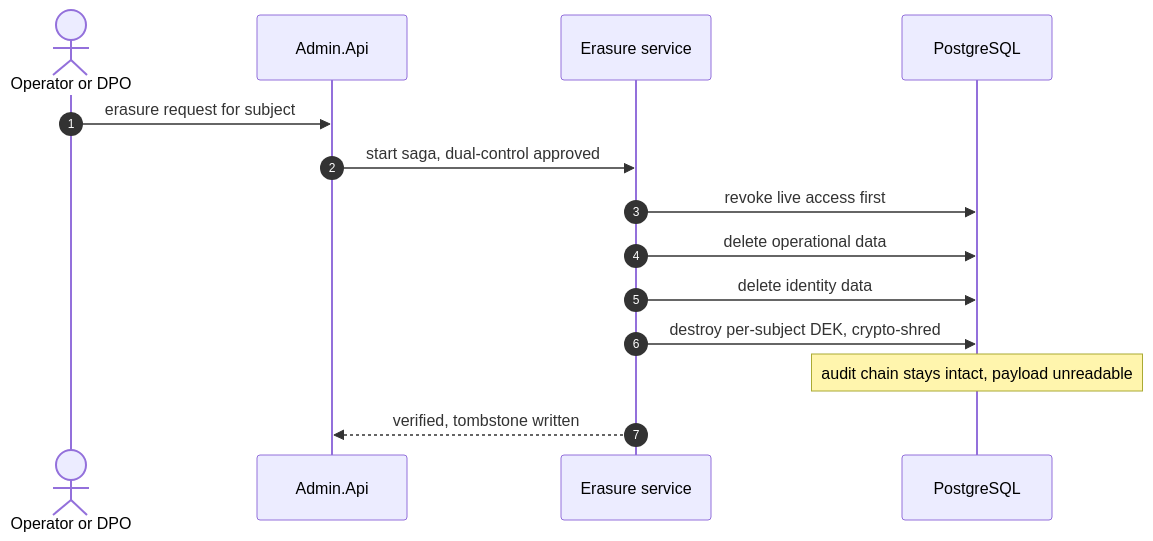
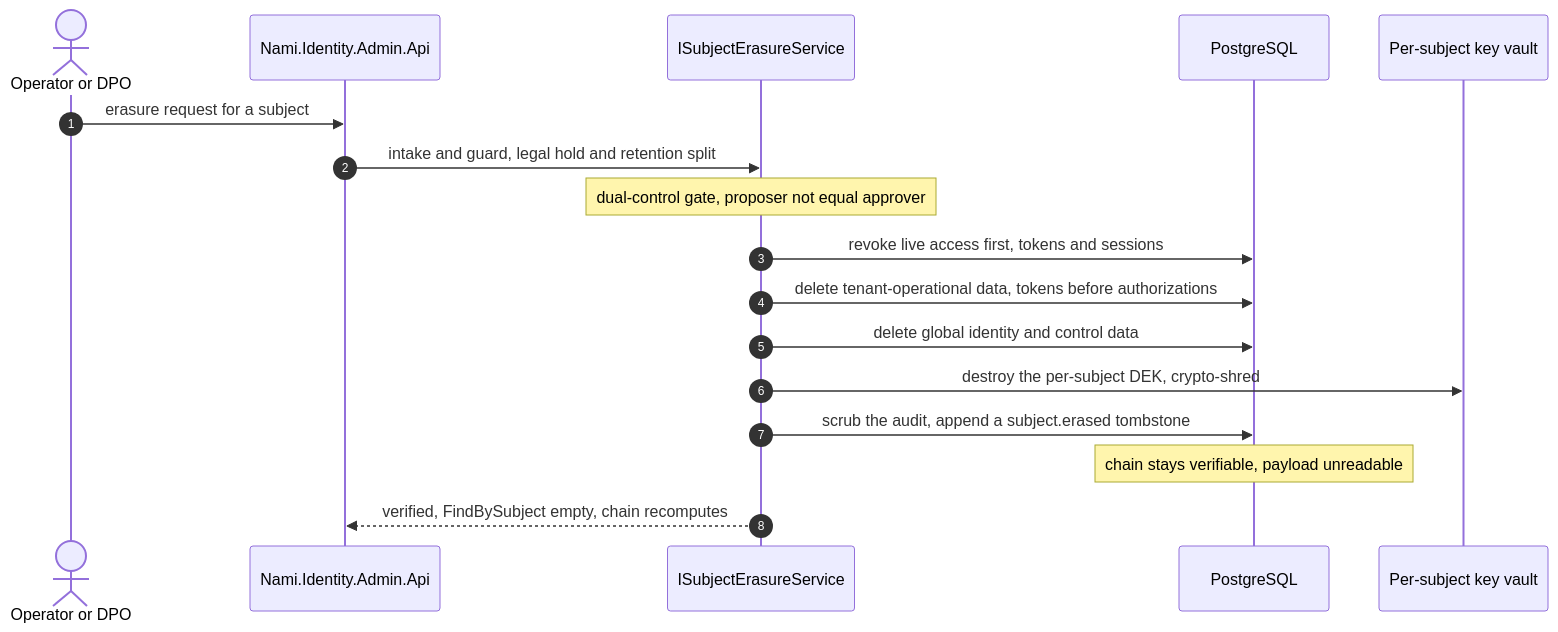
Before and after one commit to namphuongtran/nami: the tenth of 16 diagrams in docs/architecture/06-runtime-views.md, drawn with Mermaid. The commit also changed other lines of this file and 2 other files, not shown here.

````diff
--- a/docs/architecture/06-runtime-views.md
+++ b/docs/architecture/06-runtime-views.md
@@ -227,16 +428,19 @@
 ```mermaid
 sequenceDiagram
   autonumber
   actor DPO as Operator or DPO
-  participant API as Admin.Api
-  participant ES as Erasure service
+  participant API as Nami.Identity.Admin.Api
+  participant ES as ISubjectErasureService
   participant DB as PostgreSQL
-  DPO->>API: erasure request for subject
-  API->>ES: start saga, dual-control approved
-  ES->>DB: revoke live access first
-  ES->>DB: delete operational data
-  ES->>DB: delete identity data
-  ES->>DB: destroy per-subject DEK, crypto-shred
-  Note over DB: audit chain stays intact, payload unreadable
-  ES-->>API: verified, tombstone written
+  participant V as Per-subject key vault
+  DPO->>API: erasure request for a subject
+  API->>ES: intake and guard, legal hold and retention split
+  Note over ES: dual-control gate, proposer not equal approver
+  ES->>DB: revoke live access first, tokens and sessions
+  ES->>DB: delete tenant-operational data, tokens before authorizations
+  ES->>DB: delete global identity and control data
+  ES->>V: destroy the per-subject DEK, crypto-shred
+  ES->>DB: scrub the audit, append a subject.erased tombstone
+  Note over DB: chain stays verifiable, payload unreadable
+  ES-->>API: verified, FindBySubject empty, chain recomputes
 ```
````
